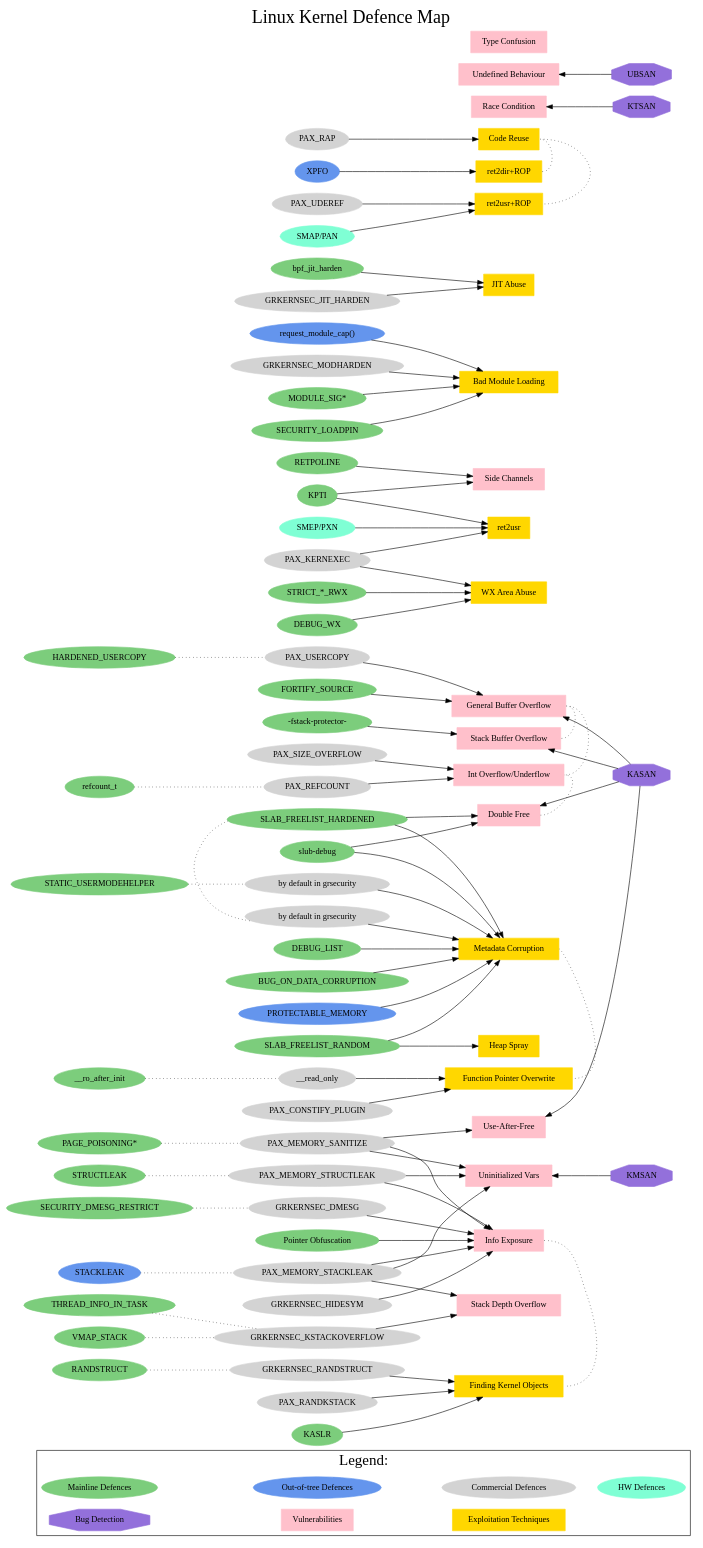
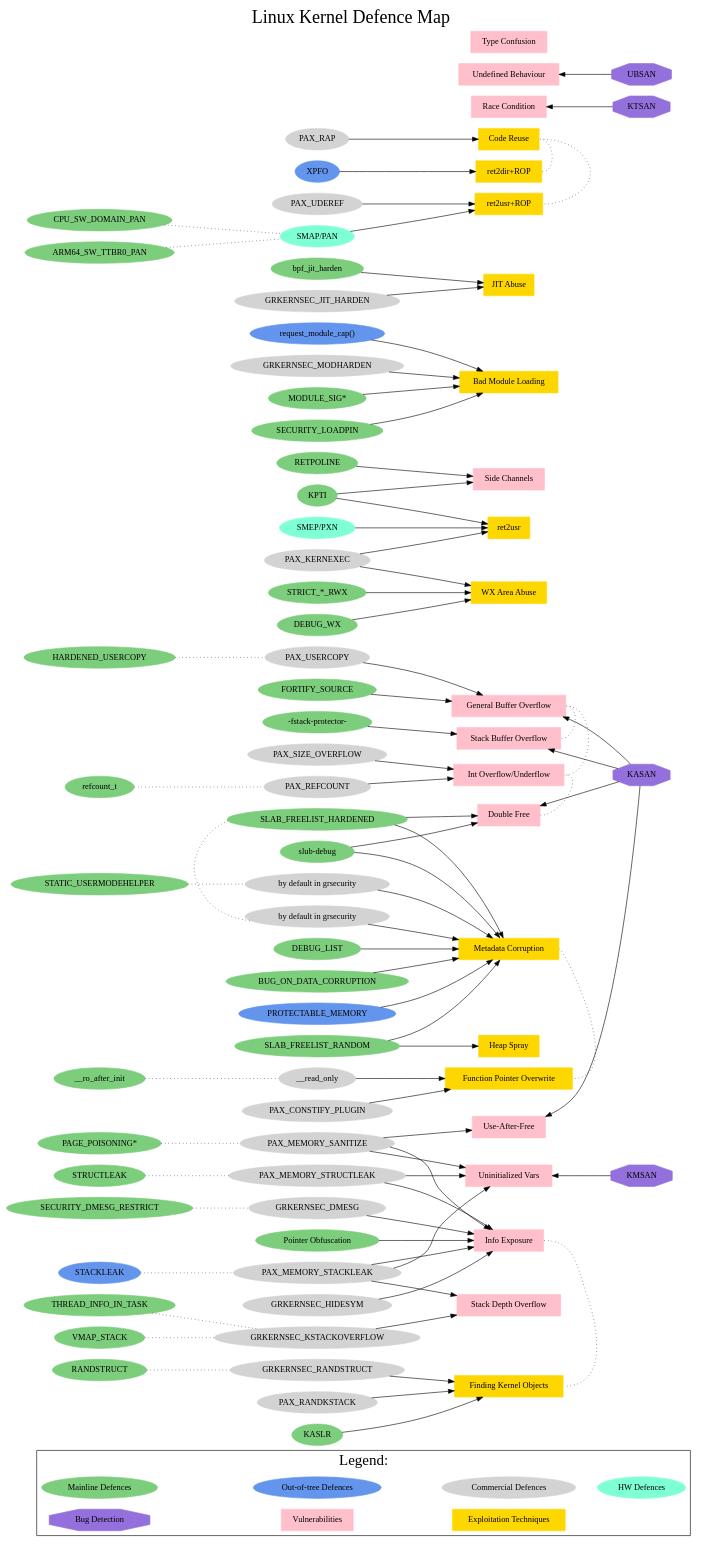
Before and after one commit to a13xp0p0v/linux-kernel-defence-map: the diagram in linux-kernel-defence-map.dot, drawn with Graphviz.

Commit message:
Add CPU_SW_DOMAIN_PAN and ARM64_SW_TTBR0_PAN (thanks to Kees Cook)

```diff
--- a/linux-kernel-defence-map.dot
+++ b/linux-kernel-defence-map.dot
@@ -128,6 +128,8 @@
     "STRUCTLEAK";
     "__ro_after_init";
     "SECURITY_DMESG_RESTRICT";
+    "CPU_SW_DOMAIN_PAN";
+    "ARM64_SW_TTBR0_PAN";
     "STATIC_USERMODEHELPER";
 
     node [shape=oval, color=cornflowerblue];
@@ -145,6 +147,8 @@
   "__ro_after_init" -> "__read_only";
   "SECURITY_DMESG_RESTRICT" -> "GRKERNSEC_DMESG";
   "STACKLEAK" -> "PAX_MEMORY_STACKLEAK";
+  "CPU_SW_DOMAIN_PAN" -> "SMAP/PAN";
+  "ARM64_SW_TTBR0_PAN" -> "SMAP/PAN";
   "STATIC_USERMODEHELPER" -> grsecurity_hardened_usermodehelper;
   "SLAB_FREELIST_HARDENED" -> grsecurity_hardened_freelist;
 
```
